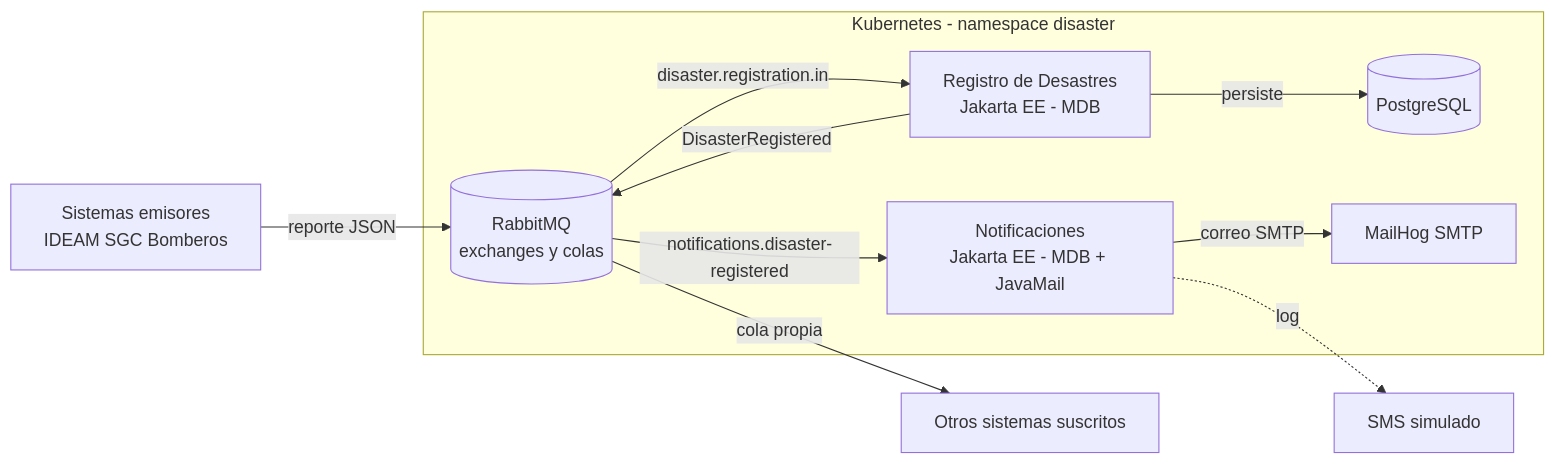
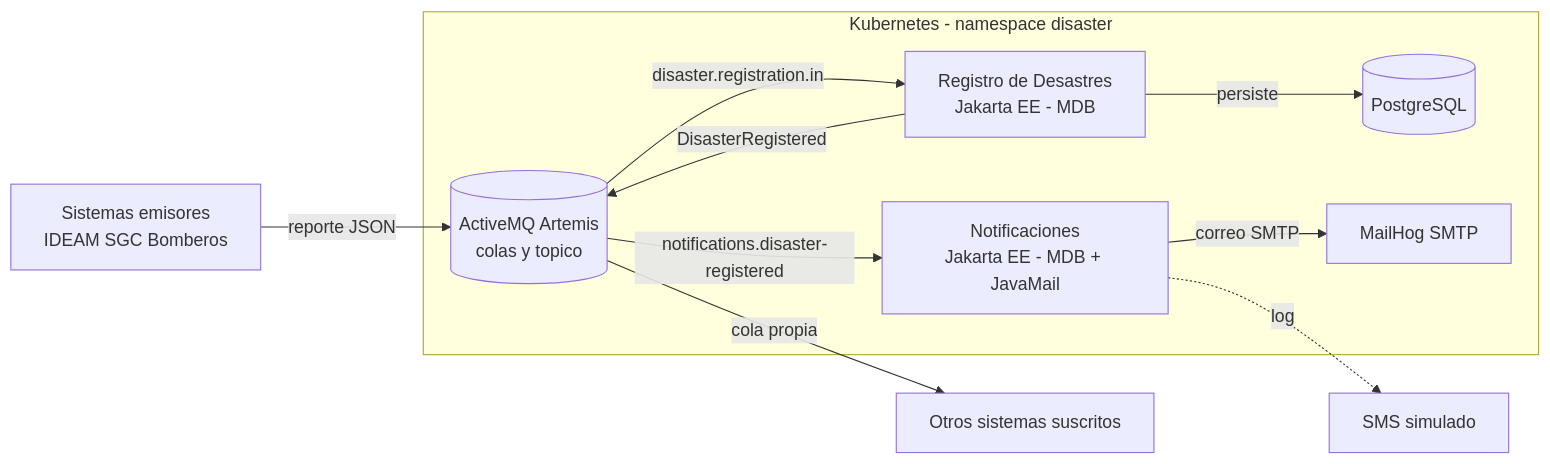
Before and after one commit to andreMD287/SistemaMensajeria: the first of 2 diagrams in docs/arquitectura.md, drawn with Mermaid. The commit also changed other lines of this file and 7 other files, not shown here.

````diff
--- a/docs/arquitectura.md
+++ b/docs/arquitectura.md
@@ -36,21 +36,21 @@
 ```mermaid
 flowchart LR
   EXT[Sistemas emisores<br/>IDEAM SGC Bomberos]
   subgraph K8S[Kubernetes - namespace disaster]
-    RMQ[(RabbitMQ<br/>exchanges y colas)]
+    RMQ[(ActiveMQ Artemis<br/>colas y topico)]
     REG[Registro de Desastres<br/>Jakarta EE - MDB]
     NOT[Notificaciones<br/>Jakarta EE - MDB + JavaMail]
     PG[(PostgreSQL)]
     MH[MailHog SMTP]
   end
   SUB[Otros sistemas suscritos]
   SMS[SMS simulado]
   EXT -->|reporte JSON| RMQ
   RMQ -->|disaster.registration.in| REG
   REG -->|persiste| PG
   REG -->|DisasterRegistered| RMQ
   RMQ -->|notifications.disaster-registered| NOT
   RMQ -->|cola propia| SUB
   NOT -->|correo SMTP| MH
   NOT -.->|log| SMS
 ```
````
